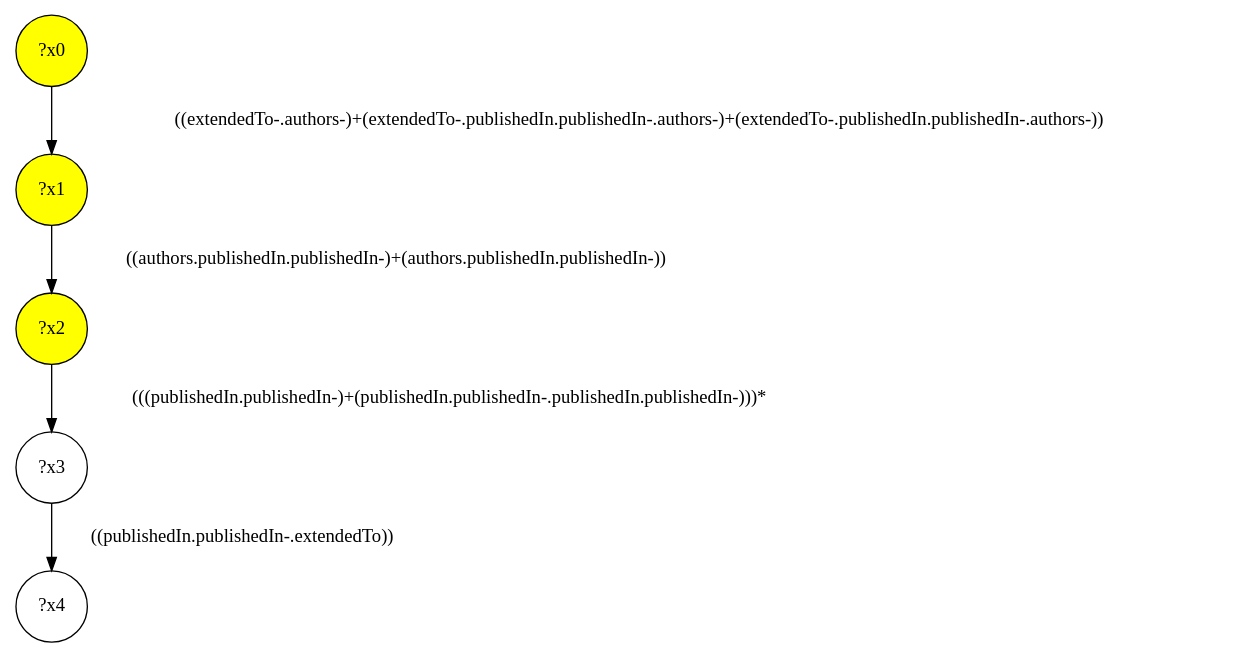
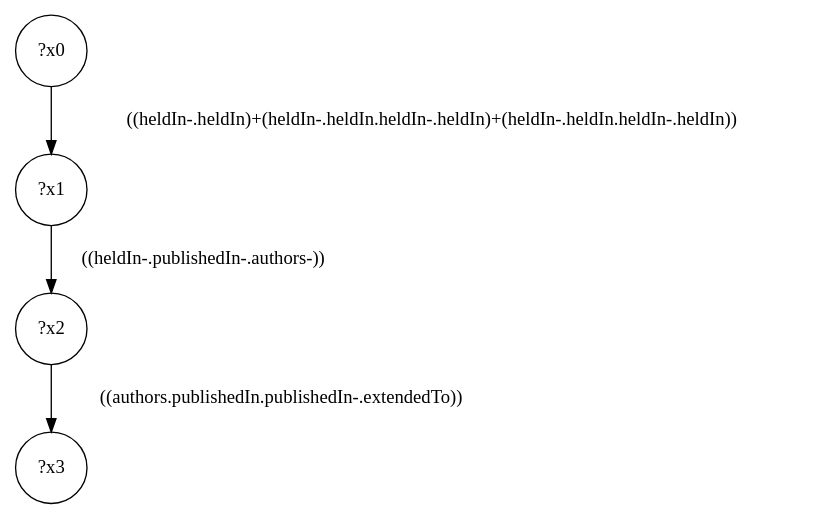
One commit to gbagan/gmark changed the diagram in demo/test-a/test-a-interface/query-6.dot. Above: the diagram before and after it, drawn with Graphviz. The commit also changed 707 other files, not shown here.

```diff
--- a/demo/test-a/test-a-interface/query-6.dot
+++ b/demo/test-a/test-a-interface/query-6.dot
@@ -1,11 +1,9 @@
 digraph g {
-	x1 [fillcolor="yellow", style="filled," shape=circle, label="?x1"];
-	x0 [fillcolor="yellow", style="filled," shape=circle, label="?x0"];
-	x2 [fillcolor="yellow", style="filled," shape=circle, label="?x2"];
-	x0 -> x1 [label="((extendedTo-.authors-)+(extendedTo-.publishedIn.publishedIn-.authors-)+(extendedTo-.publishedIn.publishedIn-.authors-))"];
-	x1 -> x2 [label="((authors.publishedIn.publishedIn-)+(authors.publishedIn.publishedIn-))"];
+	x0 [shape=circle, label="?x0"];
+	x1 [shape=circle, label="?x1"];
+	x0 -> x1 [label="((heldIn-.heldIn)+(heldIn-.heldIn.heldIn-.heldIn)+(heldIn-.heldIn.heldIn-.heldIn))"];
+	x2 [shape=circle, label="?x2"];
+	x1 -> x2 [label="((heldIn-.publishedIn-.authors-))"];
 	x3 [shape=circle, label="?x3"];
-	x2 -> x3 [label="(((publishedIn.publishedIn-)+(publishedIn.publishedIn-.publishedIn.publishedIn-)))*"];
-	x4 [shape=circle, label="?x4"];
-	x3 -> x4 [label="((publishedIn.publishedIn-.extendedTo))"];
+	x2 -> x3 [label="((authors.publishedIn.publishedIn-.extendedTo))"];
 }
```
